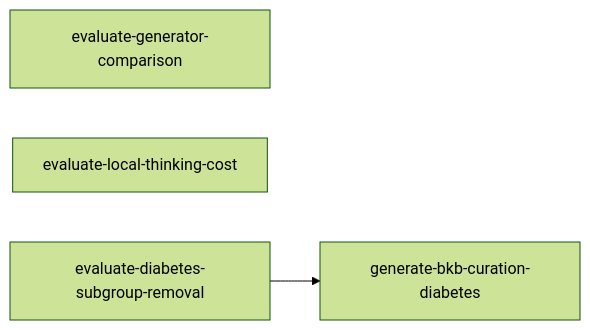
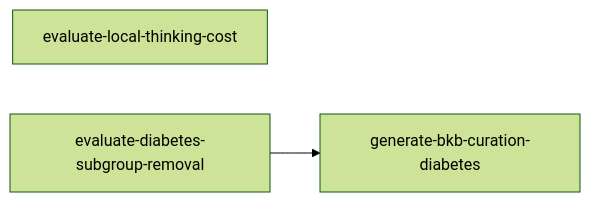
Before and after one commit to joe-dartmouth/synthetic: the diagram in tasks/experiments-index.md, drawn with Mermaid (forest theme). The commit also changed other lines of this file and 33 other files, not shown here.

````diff
--- a/tasks/experiments-index.md
+++ b/tasks/experiments-index.md
@@ -28,6 +27,5 @@
 ```mermaid
 flowchart LR
-    generator_comparison[evaluate-generator-comparison]
     local_thinking[evaluate-local-thinking-cost]
     diabetes_removal[evaluate-diabetes-subgroup-removal] --> bkb_curation_diabetes[generate-bkb-curation-diabetes]
 ```
````
